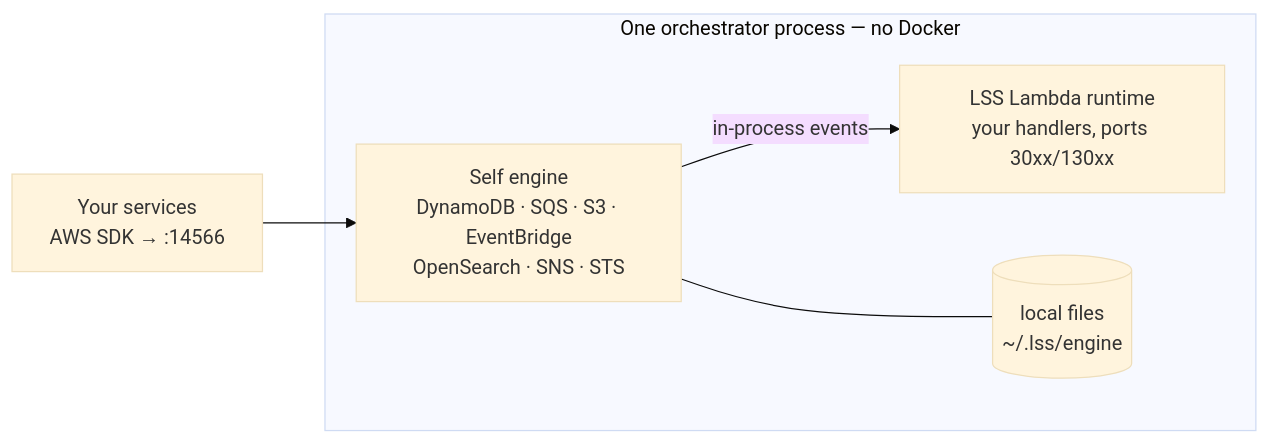
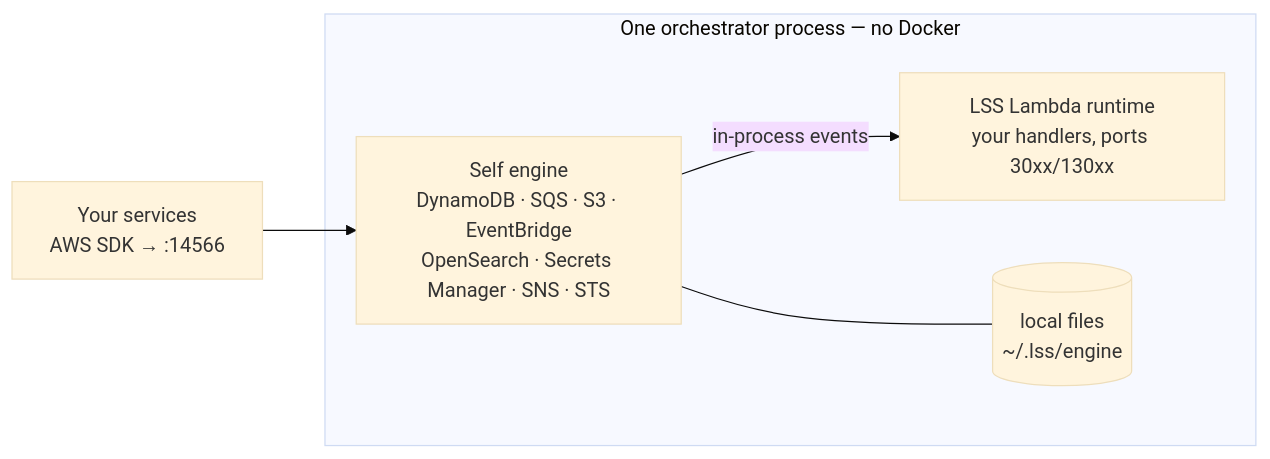
The second of 4 diagrams in README.md (Viserion77/local-serverless-stack), drawn with Mermaid (base theme) before and after one commit. The commit also changed other lines of this file and 22 other files, not shown here.

First line of the commit message:
feat: add Secrets Manager integration with upload and signing functionality

````diff
--- a/README.md
+++ b/README.md
@@ -67,9 +163,9 @@
 ```mermaid
 flowchart LR
     APP[Your services<br/>AWS SDK → :14566] --> ENG
     subgraph ORCH["One orchestrator process — no Docker"]
-        ENG[Self engine<br/>DynamoDB · SQS · S3 · EventBridge<br/>OpenSearch · SNS · STS]
+        ENG[Self engine<br/>DynamoDB · SQS · S3 · EventBridge<br/>OpenSearch · Secrets Manager · SNS · STS]
         ENG -->|in-process events| RT[LSS Lambda runtime<br/>your handlers, ports 30xx/130xx]
         ENG --- FS[(local files<br/>~/.lss/engine)]
     end
 ```
````
